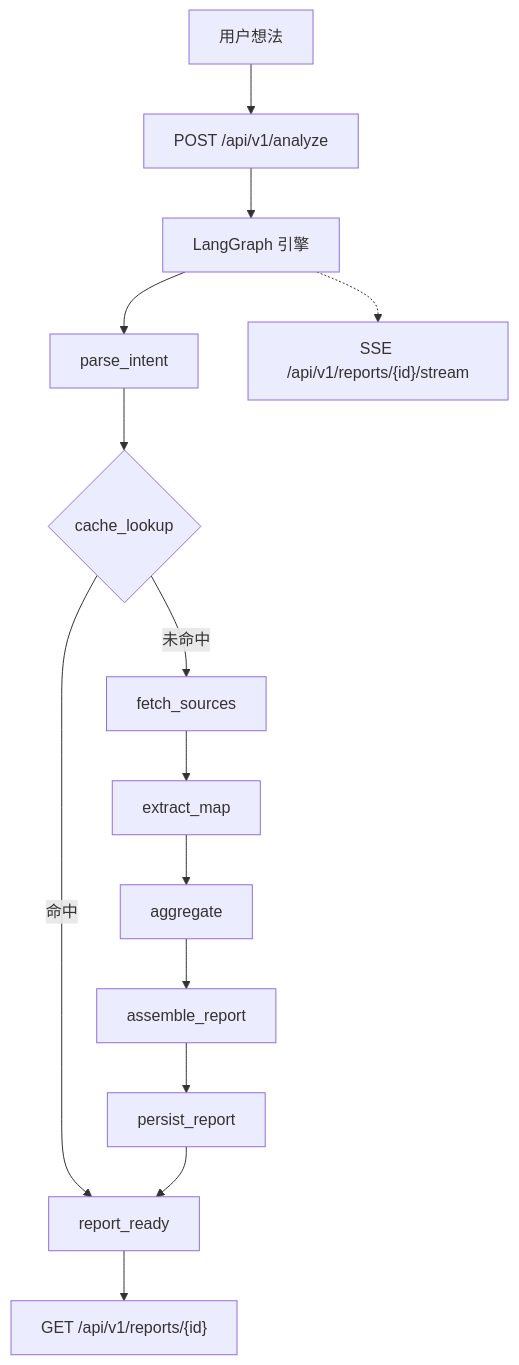
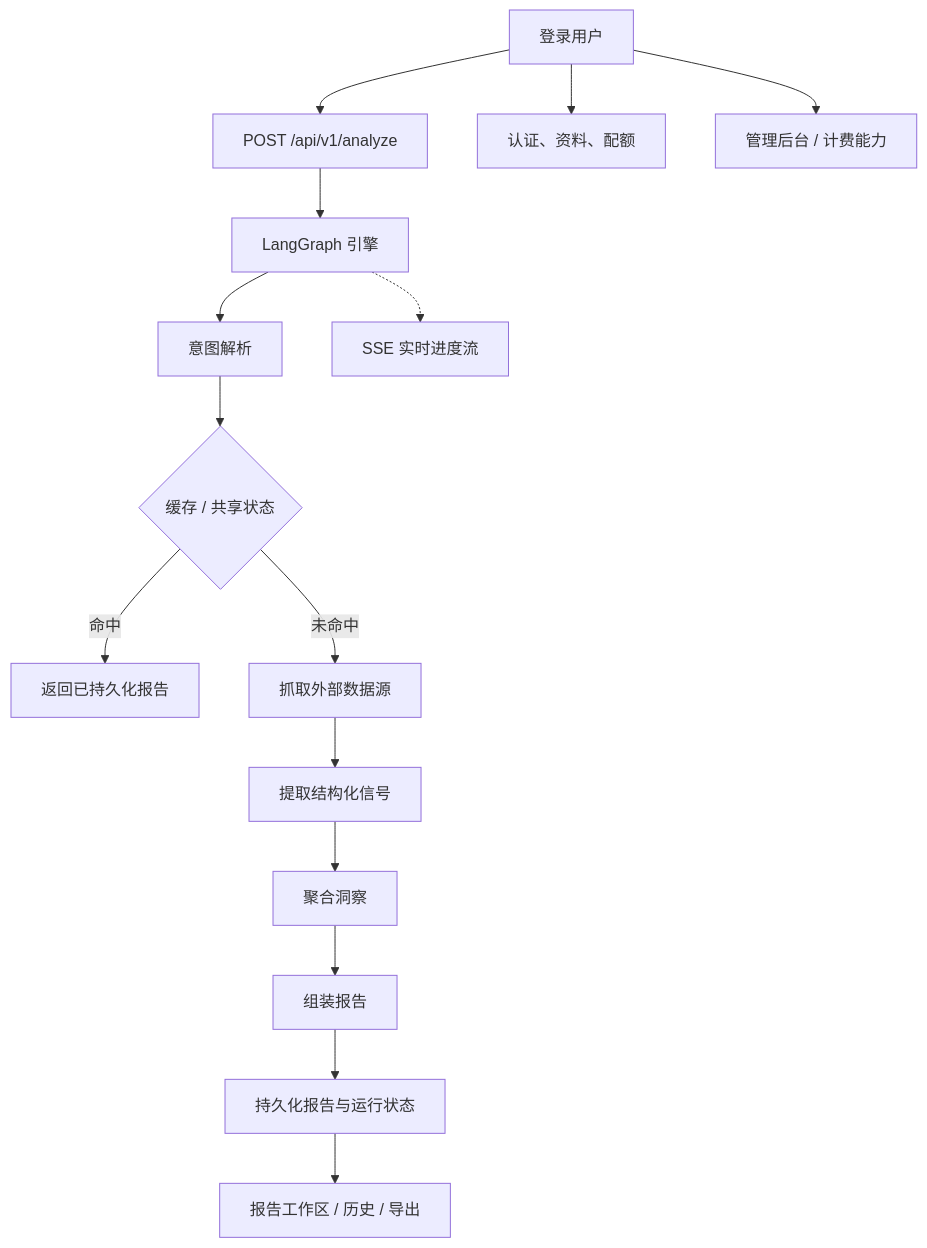
The diagram in README_CN.md (Tendo33/IdeaGo), drawn with Mermaid before and after one commit. The commit also changed other lines of this file and 21 other files, not shown here.

````diff
--- a/README_CN.md
+++ b/README_CN.md
@@ -159,16 +191,17 @@
 ```mermaid
 flowchart TD
-    A["用户想法"] --> B["POST /api/v1/analyze"]
+    A["登录用户"] --> B["POST /api/v1/analyze"]
     B --> C["LangGraph 引擎"]
-    C --> D["parse_intent"]
-    D --> E{"cache_lookup"}
-    E -->|命中| F["report_ready"]
-    E -->|未命中| G["fetch_sources"]
-    G --> H["extract_map"]
-    H --> I["aggregate"]
-    I --> J["assemble_report"]
-    J --> K["persist_report"]
-    K --> F
-    F --> L["GET /api/v1/reports/{id}"]
-    C -.-> M["SSE /api/v1/reports/{id}/stream"]
+    C --> D["意图解析"]
+    D --> E{"缓存 / 共享状态"}
+    E -->|命中| F["返回已持久化报告"]
+    E -->|未命中| G["抓取外部数据源"]
+    G --> H["提取结构化信号"]
+    H --> I["聚合洞察"]
+    I --> J["组装报告"]
+    J --> K["持久化报告与运行状态"]
+    K --> L["报告工作区 / 历史 / 导出"]
+    A --> M["认证、资料、配额"]
+    A --> N["管理后台 / 计费能力"]
+    C -.-> O["SSE 实时进度流"]
 ```
````
